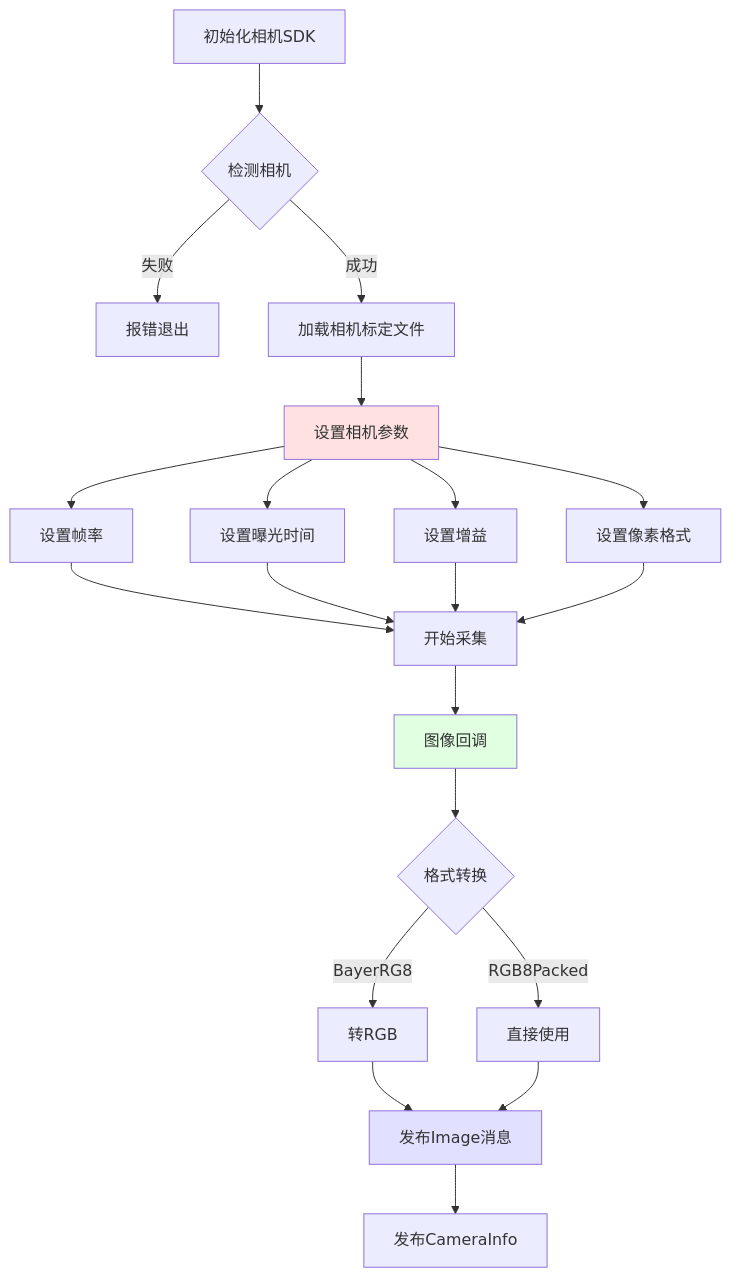
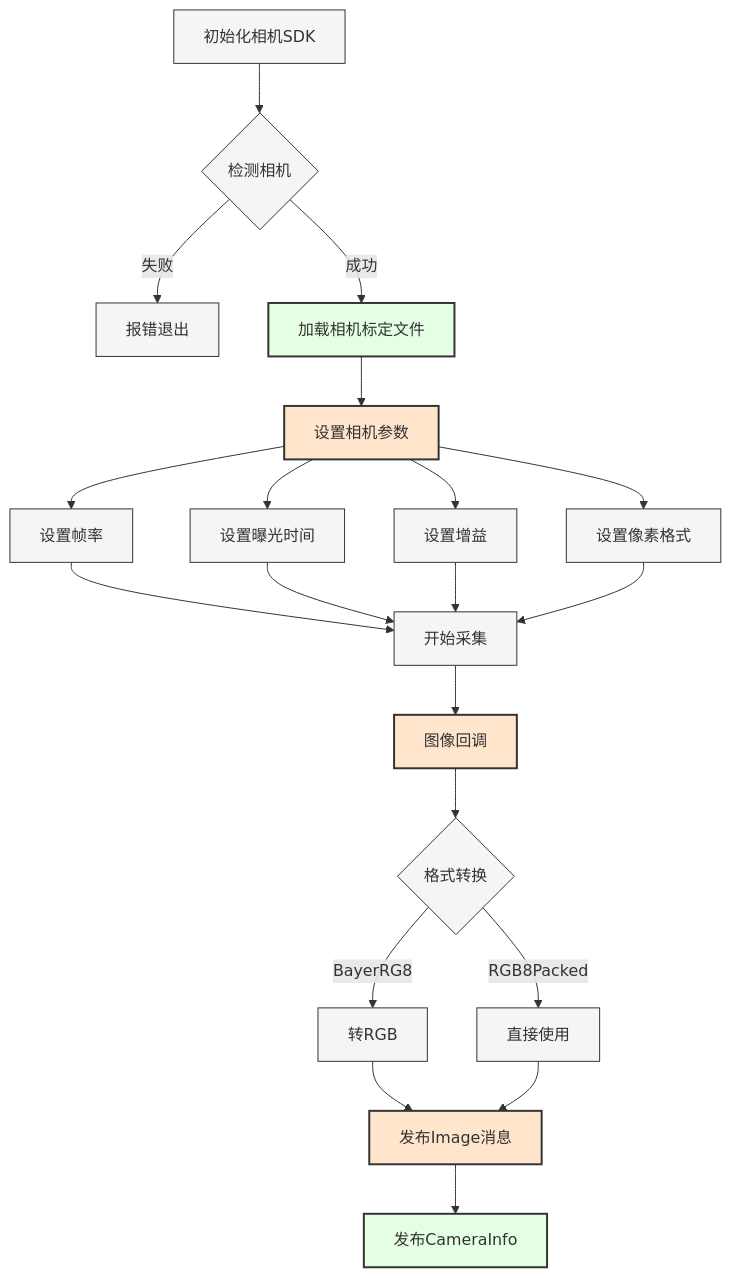
One commit to happywosabi/pb2025_sentry_ws changed the fourth of 6 diagrams in docs/02_硬件接口层.md. Above: the diagram before and after it, drawn with Mermaid. The commit also changed other lines of this file and 5 other files, not shown here.

````diff
--- a/docs/02_硬件接口层.md
+++ b/docs/02_硬件接口层.md
@@ -209,30 +216,34 @@
 ```mermaid
 graph TB
     A[初始化相机SDK] --> B{检测相机}
     B -->|失败| C[报错退出]
     B -->|成功| D[加载相机标定文件]
 
     D --> E[设置相机参数]
     E --> F[设置帧率]
     E --> G[设置曝光时间]
     E --> H[设置增益]
     E --> I[设置像素格式]
 
     F --> J[开始采集]
     G --> J
     H --> J
     I --> J
 
     J --> K[图像回调]
     K --> L{格式转换}
     L -->|BayerRG8| M[转RGB]
     L -->|RGB8Packed| N[直接使用]
 
     M --> O[发布Image消息]
     N --> O
     O --> P[发布CameraInfo]
 
-    style E fill:#ffe1e1
-    style K fill:#e1ffe1
-    style O fill:#e1e1ff
+    classDef hardwareClass fill:#FFE5CC,stroke:#333,stroke-width:2px
+    classDef dataClass fill:#E5FFE5,stroke:#333,stroke-width:2px
+    classDef processClass fill:#F5F5F5,stroke:#333,stroke-width:1px
+
+    class E,K,O hardwareClass
+    class D,P dataClass
+    class A,B,C,F,G,H,I,J,L,M,N processClass
 ```
````
